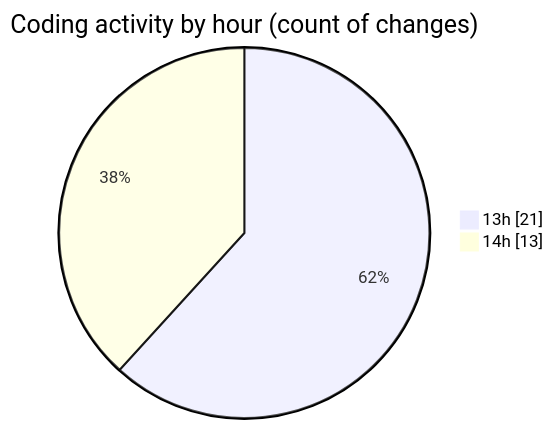
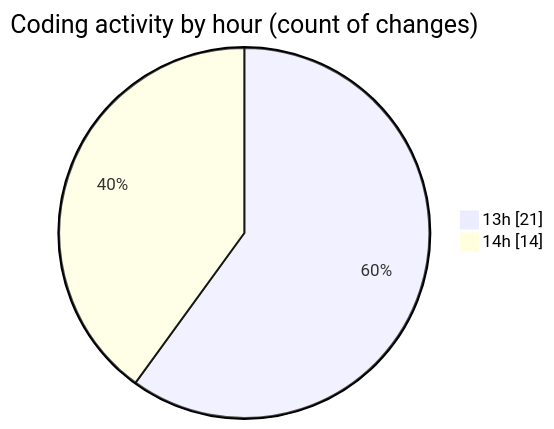
The second of 2 diagrams in 2025-01-14/trackers_app/README.md (donsfak/code-tracking), drawn with Mermaid before and after one commit. The commit also changed other lines of this file and 1 other file, not shown here.

````diff
--- a/2025-01-14/trackers_app/README.md
+++ b/2025-01-14/trackers_app/README.md
@@ -36,6 +36,6 @@
 ```mermaid
 pie showData
 title Coding activity by hour (count of changes)
 "13h" : 21
-"14h" : 13
+"14h" : 14
 ```
````
